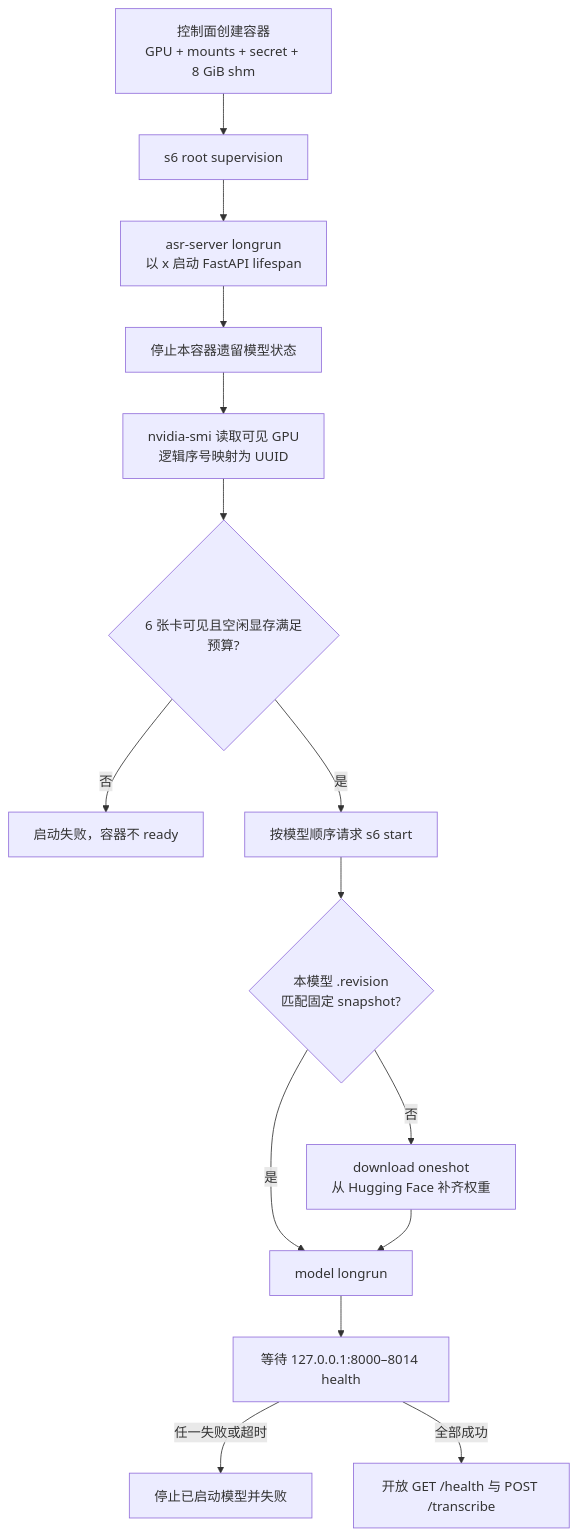
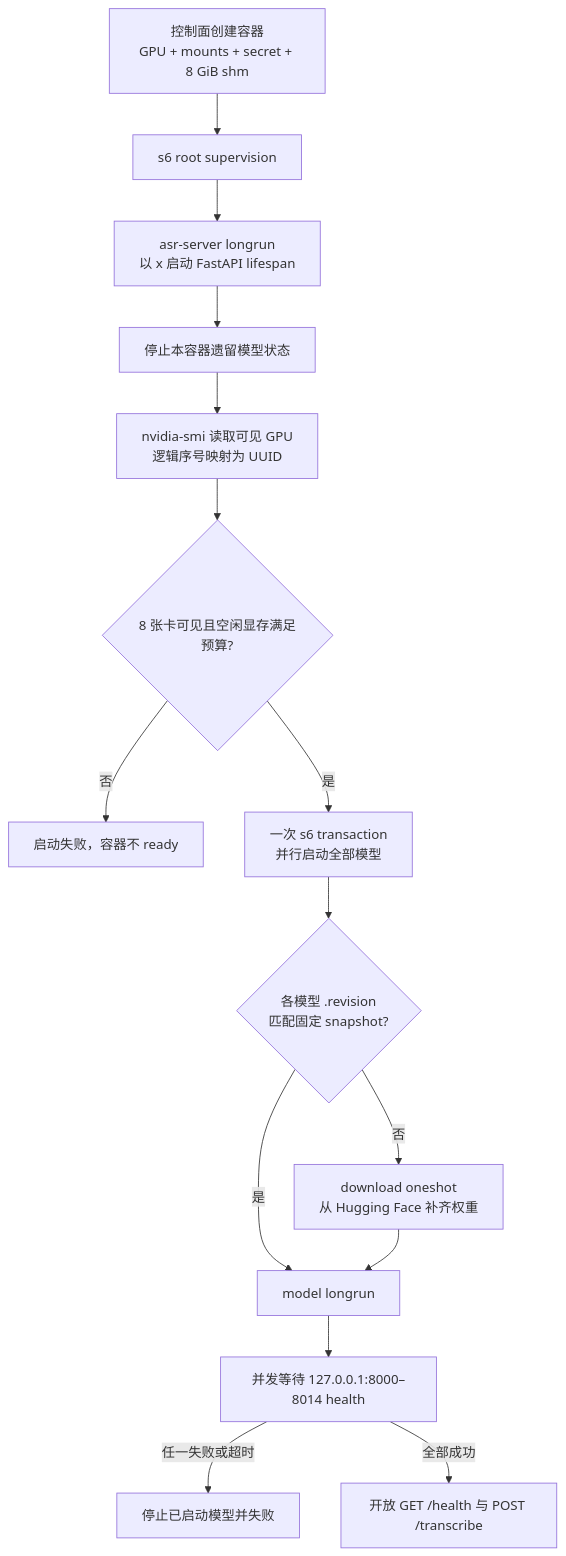
The second of 3 diagrams in platform/container/services/asr/DESIGN.md (curoky/codespace), drawn with Mermaid before and after one commit. The commit also changed other lines of this file and 16 other files, not shown here.

````diff
--- a/platform/container/services/asr/DESIGN.md
+++ b/platform/container/services/asr/DESIGN.md
@@ -27,17 +27,17 @@
 ```mermaid
 flowchart TD
     C[控制面创建容器<br/>GPU + mounts + secret + 8 GiB shm] --> S6[s6 root supervision]
     S6 --> Server[asr-server longrun<br/>以 x 启动 FastAPI lifespan]
     Server --> Reset[停止本容器遗留模型状态]
     Reset --> Inventory[nvidia-smi 读取可见 GPU<br/>逻辑序号映射为 UUID]
-    Inventory --> Guard{6 张卡可见且空闲显存满足预算?}
+    Inventory --> Guard{8 张卡可见且空闲显存满足预算?}
     Guard -->|否| Fail[启动失败，容器不 ready]
-    Guard -->|是| Start[按模型顺序请求 s6 start]
-    Start --> Download{本模型 .revision<br/>匹配固定 snapshot?}
+    Guard -->|是| Start[一次 s6 transaction<br/>并行启动全部模型]
+    Start --> Download{各模型 .revision<br/>匹配固定 snapshot?}
     Download -->|否| HF[download oneshot<br/>从 Hugging Face 补齐权重]
     Download -->|是| Run[model longrun]
     HF --> Run
-    Run --> Health[等待 127.0.0.1:8000–8014 health]
+    Run --> Health[并发等待 127.0.0.1:8000–8014 health]
     Health -->|任一失败或超时| Cleanup[停止已启动模型并失败]
     Health -->|全部成功| Ready[开放 GET /health 与 POST /transcribe]
 ```
````
